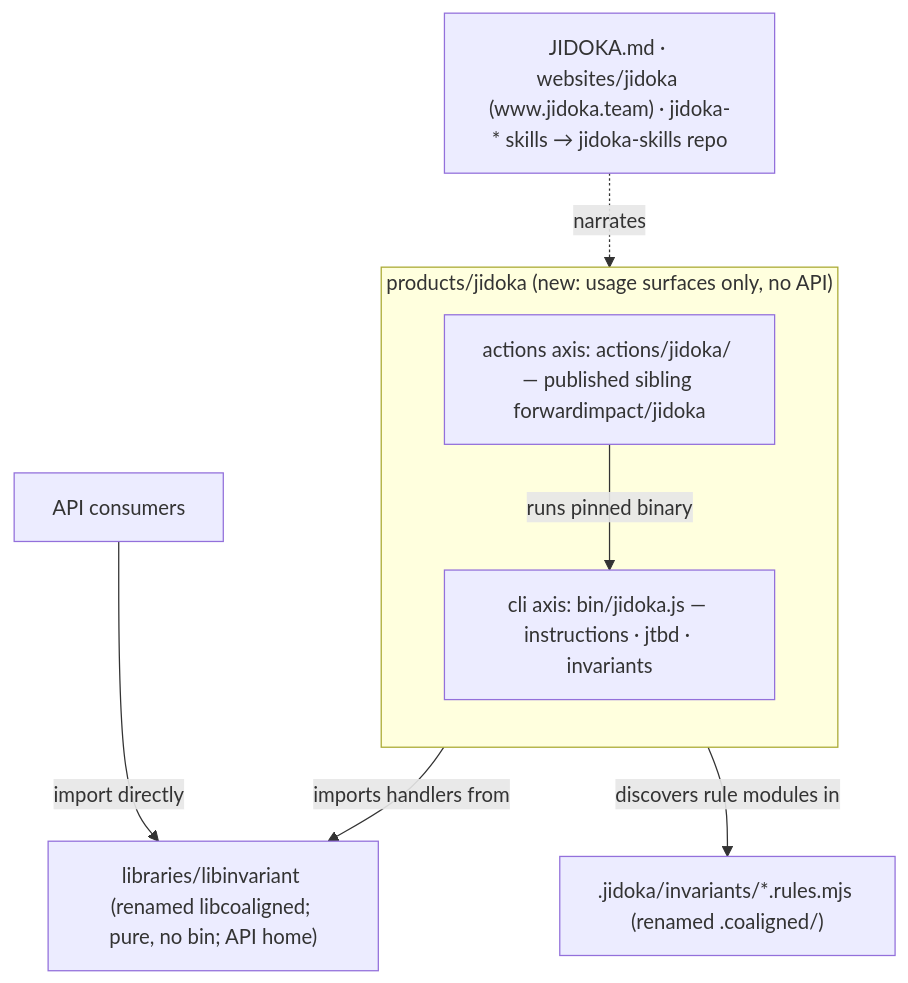
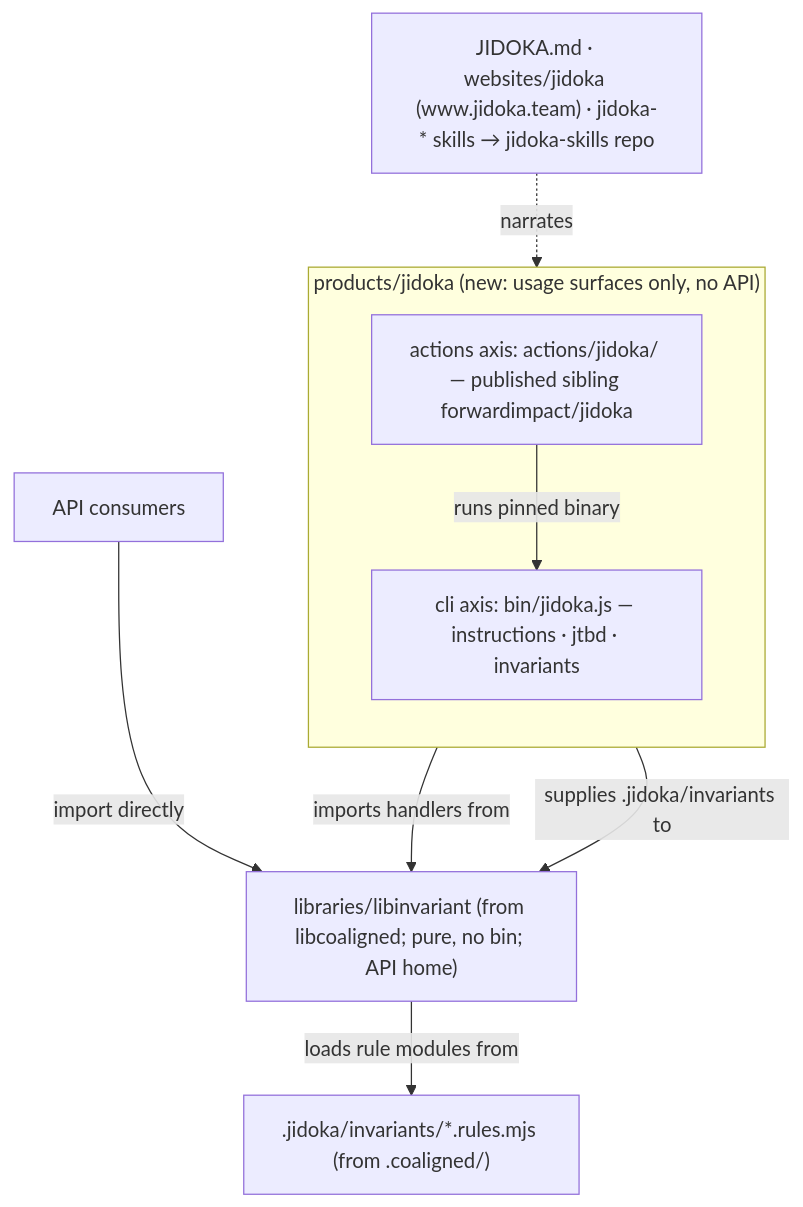
Before and after one commit to forwardimpact/monorepo: the first of 2 diagrams in specs/2260-jidoka-product-reframe/design-a.md, drawn with Mermaid. The commit also changed other lines of this file and 1 other file, not shown here.

````diff
--- a/specs/2260-jidoka-product-reframe/design-a.md
+++ b/specs/2260-jidoka-product-reframe/design-a.md
@@ -30,16 +30,17 @@
 ```mermaid
 flowchart TD
   subgraph JIDOKA["products/jidoka (new: usage surfaces only, no API)"]
     direction TB
     C1["cli axis: bin/jidoka.js — instructions · jtbd · invariants"]
     A1["actions axis: actions/jidoka/ — published sibling forwardimpact/jidoka"]
   end
-  LIB["libraries/libinvariant (renamed libcoaligned; pure, no bin; API home)"]
-  CONF[".jidoka/invariants/*.rules.mjs (renamed .coaligned/)"]
+  LIB["libraries/libinvariant (from libcoaligned; pure, no bin; API home)"]
+  CONF[".jidoka/invariants/*.rules.mjs (from .coaligned/)"]
   BRAND["JIDOKA.md · websites/jidoka (www.jidoka.team) · jidoka-* skills → jidoka-skills repo"]
   C1 -- imports handlers from --> LIB
   A1 -- runs pinned binary --> C1
-  C1 -- discovers rule modules in --> CONF
+  C1 -- "supplies .jidoka/invariants to" --> LIB
+  LIB -- loads rule modules from --> CONF
   API[API consumers] -- import directly --> LIB
   BRAND -.narrates.-> JIDOKA
 ```
````
